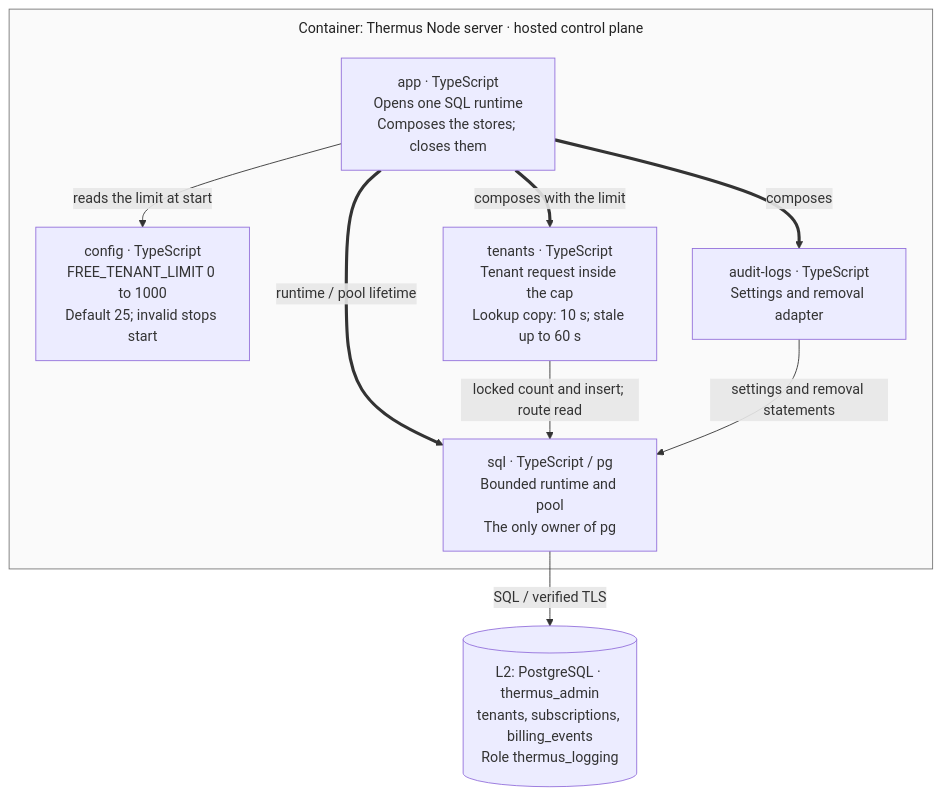
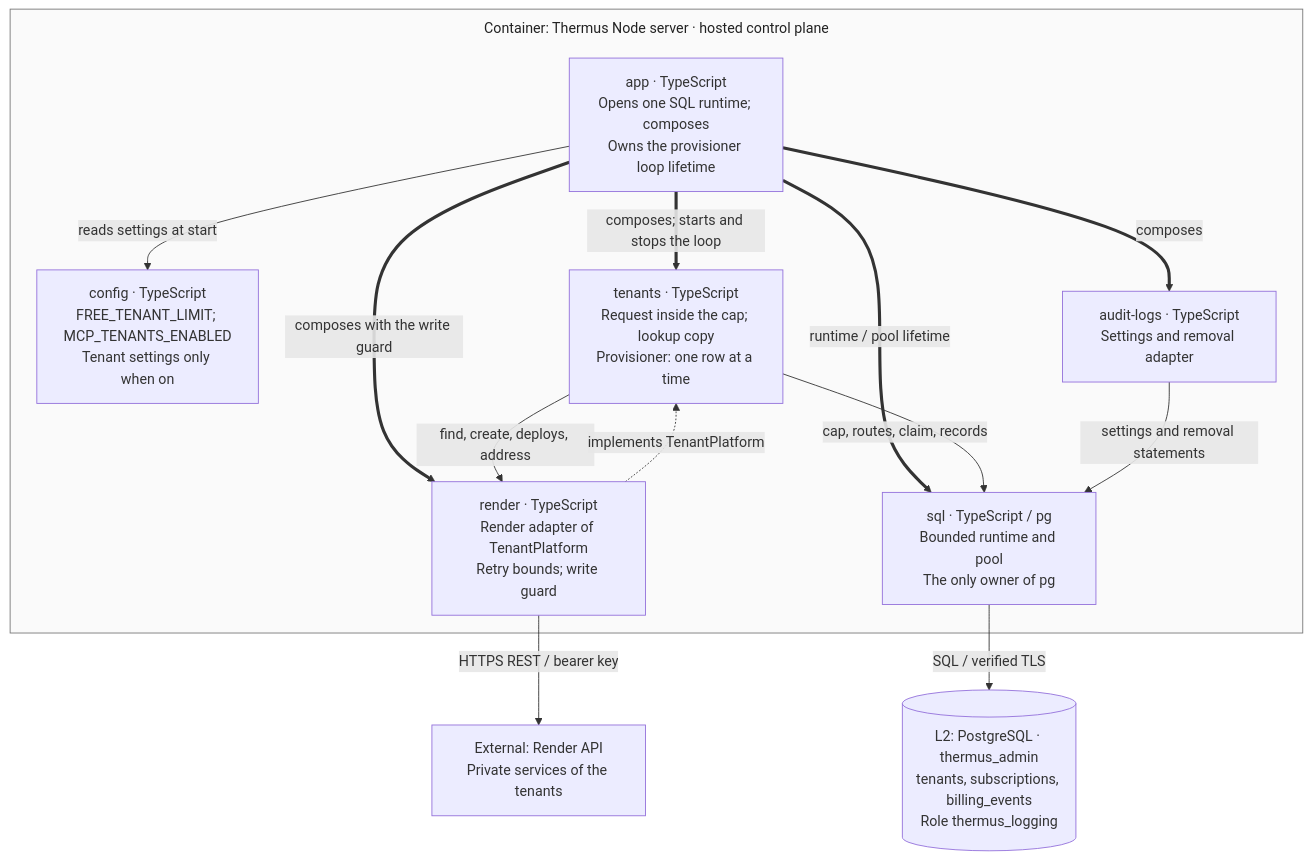
One commit to tomer-mayara/Thermus changed the ninth of 18 diagrams in architecture/components.md. Above: the diagram before and after it, drawn with Mermaid. The commit also changed other lines of this file and 55 other files, not shown here.

First line of the commit message:
Provision a tenant service on Render from a requested registry row (SO-06) (#283)

````diff
--- a/architecture/components.md
+++ b/architecture/components.md
@@ -532,20 +547,26 @@
 ```mermaid
 %%{init: {"flowchart": {"wrappingWidth": 180, "nodeSpacing": 40, "rankSpacing": 40, "subGraphTitleMargin": {"top": 10, "bottom": 25}}}}%%
 flowchart TB
   subgraph tenancy_server["Container: Thermus Node server · hosted control plane"]
-    tenancy_config["config · TypeScript<br/>FREE_TENANT_LIMIT 0 to 1000<br/>Default 25; invalid stops start"]
-    tenancy_app["app · TypeScript<br/>Opens one SQL runtime<br/>Composes the stores; closes them"]
-    tenancy_tenants["tenants · TypeScript<br/>Tenant request inside the cap<br/>Lookup copy: 10 s; stale up to 60 s"]
+    tenancy_config["config · TypeScript<br/>FREE_TENANT_LIMIT; MCP_TENANTS_ENABLED<br/>Tenant settings only when on"]
+    tenancy_app["app · TypeScript<br/>Opens one SQL runtime; composes<br/>Owns the provisioner loop lifetime"]
+    tenancy_tenants["tenants · TypeScript<br/>Request inside the cap; lookup copy<br/>Provisioner: one row at a time"]
+    tenancy_render["render · TypeScript<br/>Render adapter of TenantPlatform<br/>Retry bounds; write guard"]
     tenancy_audit["audit-logs · TypeScript<br/>Settings and removal adapter"]
     tenancy_sql["sql · TypeScript / pg<br/>Bounded runtime and pool<br/>The only owner of pg"]
-    tenancy_app -->|reads the limit at start| tenancy_config
-    tenancy_app ==>|composes with the limit| tenancy_tenants
+    tenancy_app -->|reads settings at start| tenancy_config
+    tenancy_app ==>|composes; starts and stops the loop| tenancy_tenants
+    tenancy_app ==>|composes with the write guard| tenancy_render
     tenancy_app ==>|composes| tenancy_audit
     tenancy_app ==>|runtime / pool lifetime| tenancy_sql
-    tenancy_tenants -->|locked count and insert; route read| tenancy_sql
+    tenancy_tenants -->|find, create, deploys, address| tenancy_render
+    tenancy_render -.->|implements TenantPlatform| tenancy_tenants
+    tenancy_tenants -->|cap, routes, claim, records| tenancy_sql
     tenancy_audit -->|settings and removal statements| tenancy_sql
   end
   tenancy_db[("L2: PostgreSQL · thermus_admin<br/>tenants, subscriptions, billing_events<br/>Role thermus_logging")]
+  tenancy_api["External: Render API<br/>Private services of the tenants"]
   tenancy_sql -->|SQL / verified TLS| tenancy_db
+  tenancy_render -->|HTTPS REST / bearer key| tenancy_api
   style tenancy_server fill:#fafafa,stroke:#777777,color:#222222
 ```
````
